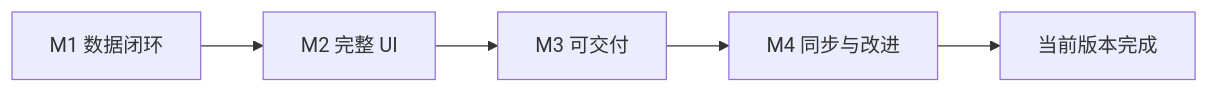
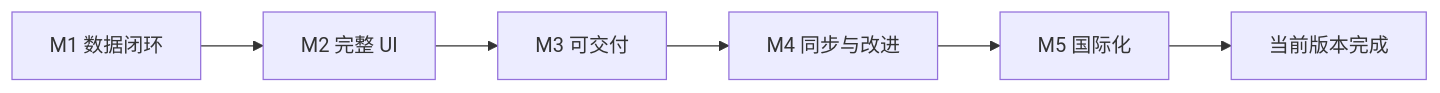
One commit to nickdu2009/projex changed the first of 2 diagrams in docs/MILESTONES.md. Above: the diagram before and after it, drawn with Mermaid. The commit also changed other lines of this file and 2 other files, not shown here.

````diff
--- a/docs/MILESTONES.md
+++ b/docs/MILESTONES.md
@@ -9,7 +9,8 @@
 ```mermaid
 flowchart LR
   M1[M1 数据闭环] --> M2[M2 完整 UI]
   M2 --> M3[M3 可交付]
   M3 --> M4[M4 同步与改进]
-  M4 --> DONE[当前版本完成]
+  M4 --> M5[M5 国际化]
+  M5 --> DONE[当前版本完成]
 ```
````
